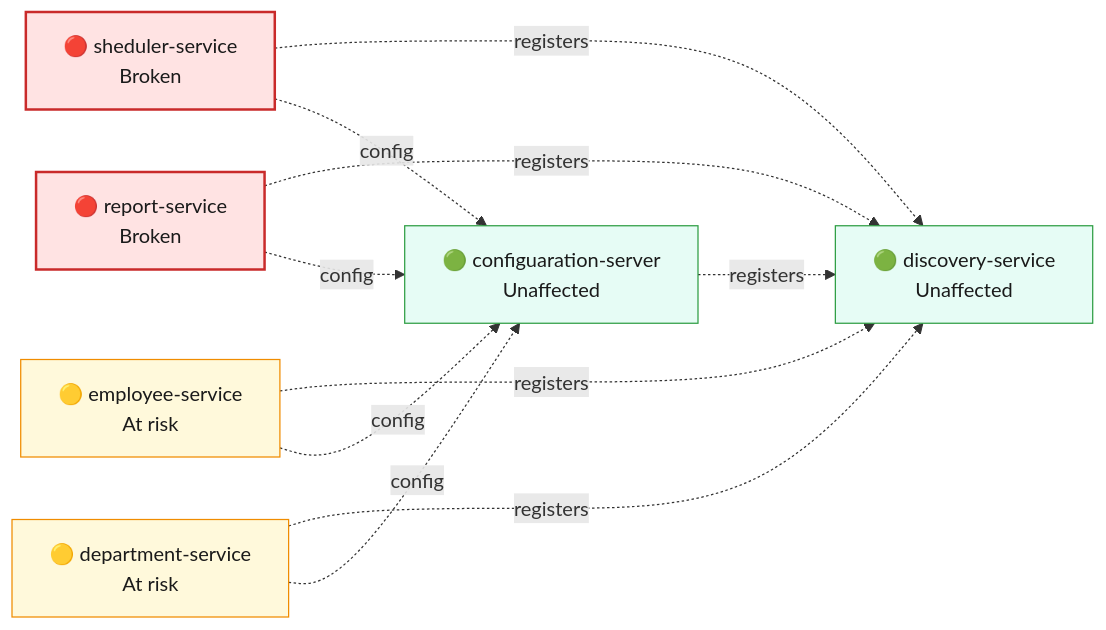
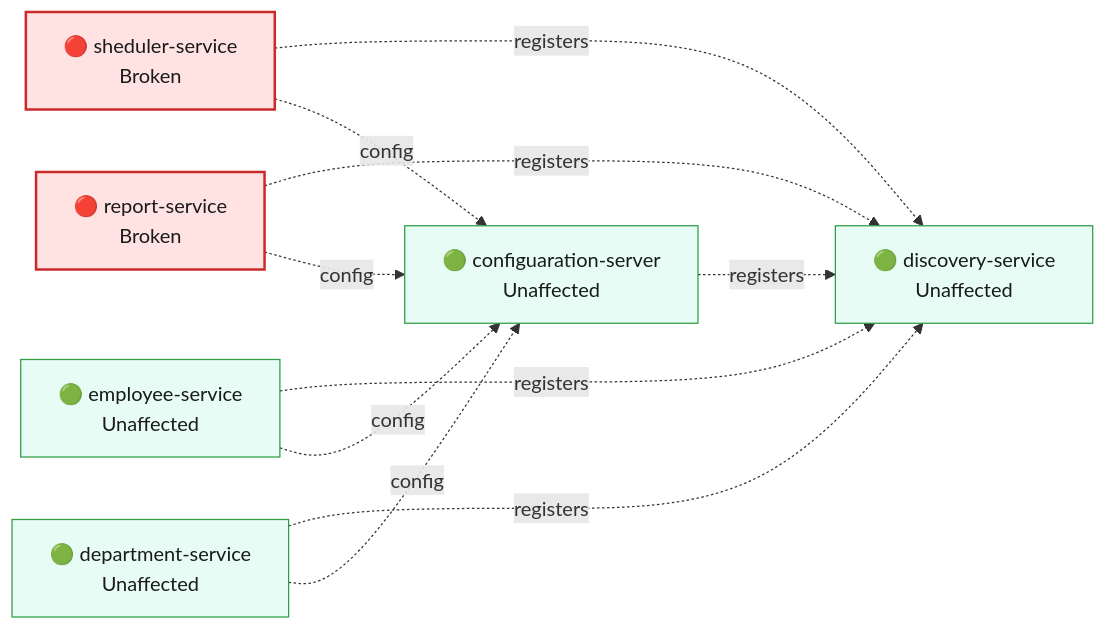
The second of 3 diagrams in docs/agent_output/03-blast-radius/blast_radius_ISSUE-001.md (Udaradg/sample-java-project), drawn with Mermaid before and after one commit. The commit also changed other lines of this file and 52 other files, not shown here.

````diff
--- a/docs/agent_output/03-blast-radius/blast_radius_ISSUE-001.md
+++ b/docs/agent_output/03-blast-radius/blast_radius_ISSUE-001.md
@@ -55,23 +55,23 @@
 ```mermaid
 flowchart LR
   classDef broken fill:#ffe3e3,stroke:#c92a2a,stroke-width:2px,color:#1a1a1a
   classDef degraded fill:#fff3bf,stroke:#e8590c,stroke-width:2px,color:#1a1a1a
   classDef atrisk fill:#fff9db,stroke:#f08c00,stroke-width:1px,color:#1a1a1a
   classDef ok fill:#e6fcf5,stroke:#2f9e44,stroke-width:1px,color:#1a1a1a
   classDef neutral fill:#f1f3f5,stroke:#868e96,stroke-width:1px,color:#1a1a1a
   svc_sheduler_service["🔴 sheduler-service<br/>Broken"]:::broken
   svc_report_service["🔴 report-service<br/>Broken"]:::broken
-  svc_employee_service["🟡 employee-service<br/>At risk"]:::atrisk
+  svc_employee_service["🟢 employee-service<br/>Unaffected"]:::ok
   svc_discovery_service["🟢 discovery-service<br/>Unaffected"]:::ok
-  svc_department_service["🟡 department-service<br/>At risk"]:::atrisk
+  svc_department_service["🟢 department-service<br/>Unaffected"]:::ok
   svc_configuaration_server["🟢 configuaration-server<br/>Unaffected"]:::ok
   svc_sheduler_service -.->|registers| svc_discovery_service
   svc_report_service -.->|registers| svc_discovery_service
   svc_employee_service -.->|registers| svc_discovery_service
   svc_department_service -.->|registers| svc_discovery_service
   svc_configuaration_server -.->|registers| svc_discovery_service
   svc_sheduler_service -.->|config| svc_configuaration_server
   svc_report_service -.->|config| svc_configuaration_server
   svc_employee_service -.->|config| svc_configuaration_server
   svc_department_service -.->|config| svc_configuaration_server
 ```
````
